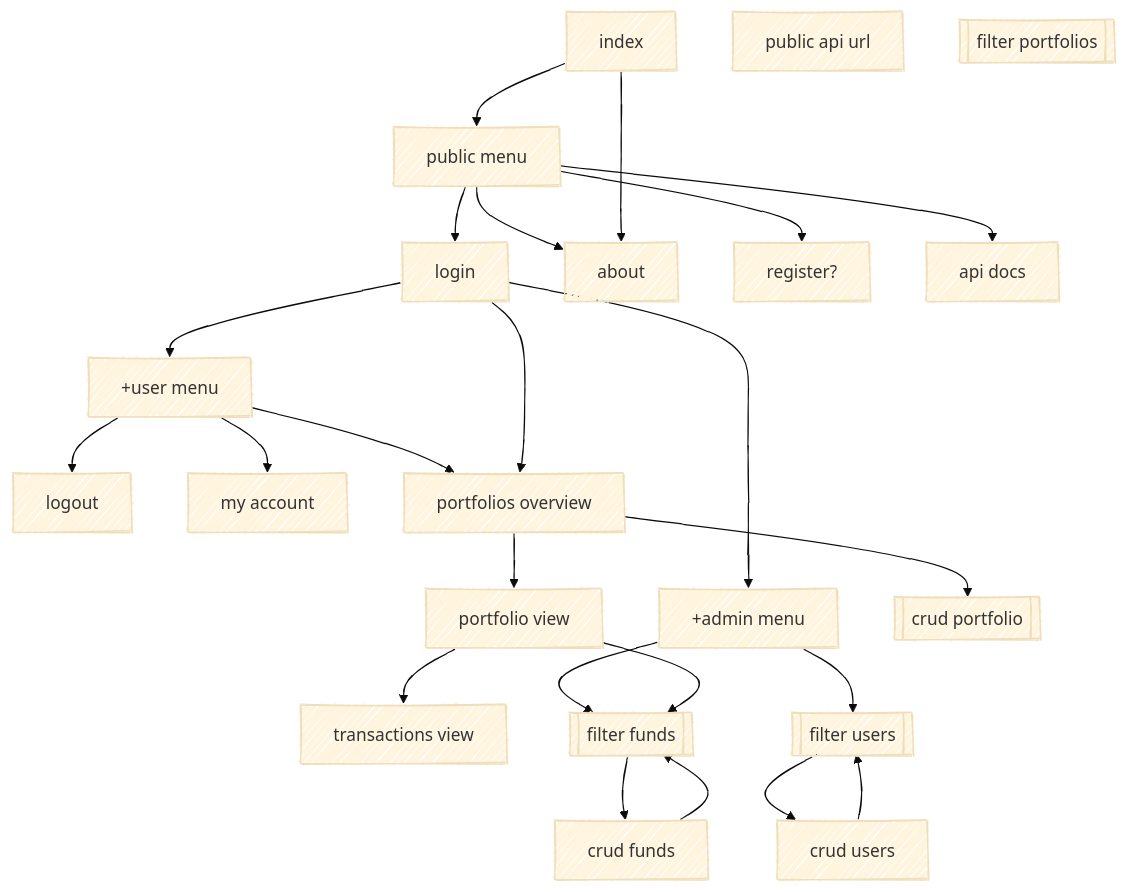
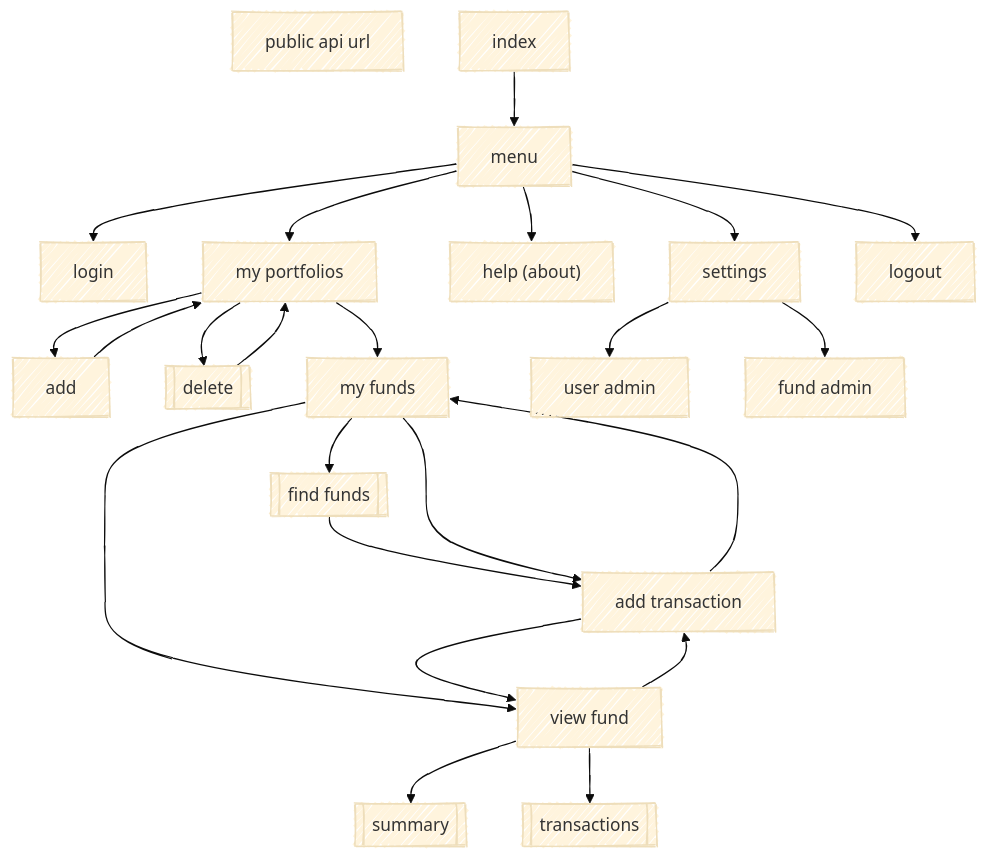
One commit to jbrun001/APIProject changed the third of 3 diagrams in README.md. Above: the diagram before and after it, drawn with Mermaid. The commit also changed other lines of this file and 2 other files, not shown here.

Commit message:
v1.0 updates to ui flow, cost_per_share to share_price change in transactions table updated menu links

````diff
--- a/README.md
+++ b/README.md
@@ -102,57 +102,51 @@
 ```mermaid
 ---
 config:
   look: handDrawn
   theme: base
 ---
 flowchart
- l["login"]
-    lo["logout"]
-    a["about"]
-    r["register?"]
-    mp["public menu"]
-    ua["my account"]
-    op["portfolios overview"]
-    vp["portfolio view"]
-    vt["transactions view"]
-    i["index"]
-    mu["+user menu"]
-    ma["+admin menu"]
-    ef["crud funds"]
-    eu["crud users"]
-    ad["api docs"]
     api["public api url"]
-    ff[["filter funds"]]
-    fu[["filter users"]]
-    fp[["filter portfolios"]]
-    ma-->fu
-    fu-->eu
-    eu-->fu
-    ma-->ff
-    ff-->ef
-    ef-->ff
-    mp-->l
-    mp-->r
-    mp-->a
-    mp-->ad
+    i["index"]-->menu
+    login["login"]
+ 
+    menu["menu"]
+    menu-->login
 
-    i-->mp  
-    i-->a
+    portfoliolist["my portfolios"]
+    portfolioadd["add"]
+    portfoliodelete[["delete"]]
+    menu-->portfoliolist
+    portfoliolist-->portfolioadd
+    portfolioadd-->portfoliolist
+    portfoliolist-->portfoliodelete
+    portfoliodelete-->portfoliolist
+    portfoliolist-->fundslist
+    about["help (about)"]
+    fundslist["my funds"]
+    fundview["view fund"]
+    fundtransactions[["transactions"]]
+    fundsummary[["summary"]]
+    filterfunds[["find funds"]]
+    transactionadd["add transaction"]
+    fundslist-->filterfunds
+    filterfunds-->transactionadd
+    transactionadd-->fundslist
+    fundslist-->fundview
+    fundslist-->transactionadd
+    fundview-->transactionadd
+    fundview-->fundsummary
+    fundview-->fundtransactions
+    transactionadd-->fundview
+    settings["settings"]
+    menu-->settings
+    menu-->about
+    logout["logout"]
+    menu-->logout
+    adminuser["user admin"]
+    adminfunds["fund admin"]
+    settings-->adminuser
+    settings-->adminfunds
 
-    mu-->ua
-    mu-->op
-    mu-->lo
-
-    op-->vp
-    vp-->ff
-    op-->ep
-    vp-->vt
-	
     
-
-
-    l-->op
-    l-->mu
-    l-->ma
- ep[["crud portfolio"]]
 ```
````
